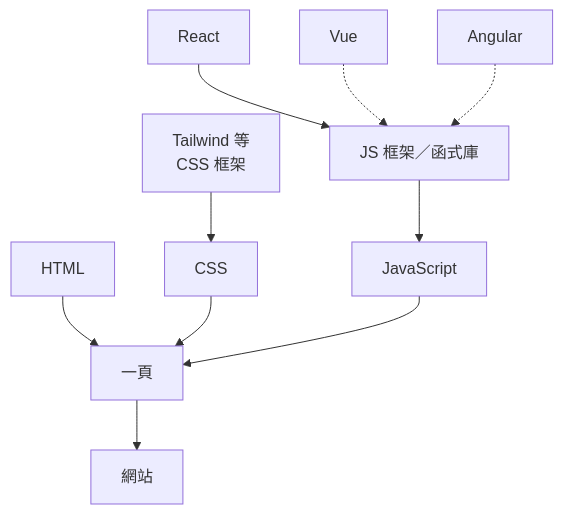
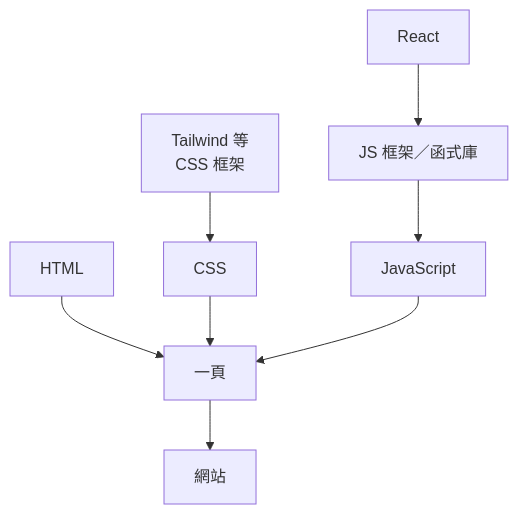
The fourth of 4 diagrams in source/_posts/lokiTech-15day-01-tools.md (summer10920/summer10920.github.io), drawn with Mermaid before and after one commit. The commit also changed other lines of this file and 17 other files, not shown here.

```diff
--- a/source/_posts/lokiTech-15day-01-tools.md
+++ b/source/_posts/lokiTech-15day-01-tools.md
@@ -347,11 +171,9 @@
 {% mermaid graph TB %}
 html["HTML"] --> page["一頁"]
 css["CSS"] --> page
 js["JavaScript"] --> page
 page --> site["網站"]
 tw["Tailwind 等<br/>CSS 框架"] --> css
 fw["JS 框架／函式庫"] --> js
 react["React"] --> fw
-vue["Vue"] -.-> fw
-ng["Angular"] -.-> fw
 {% endmermaid %}
```
